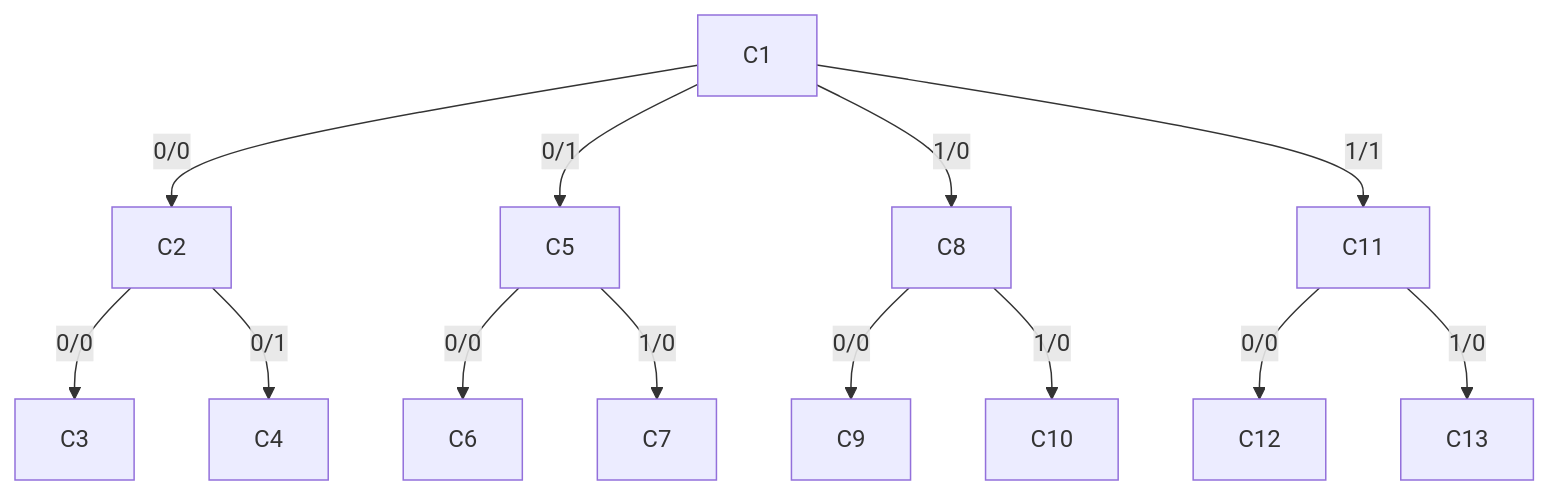
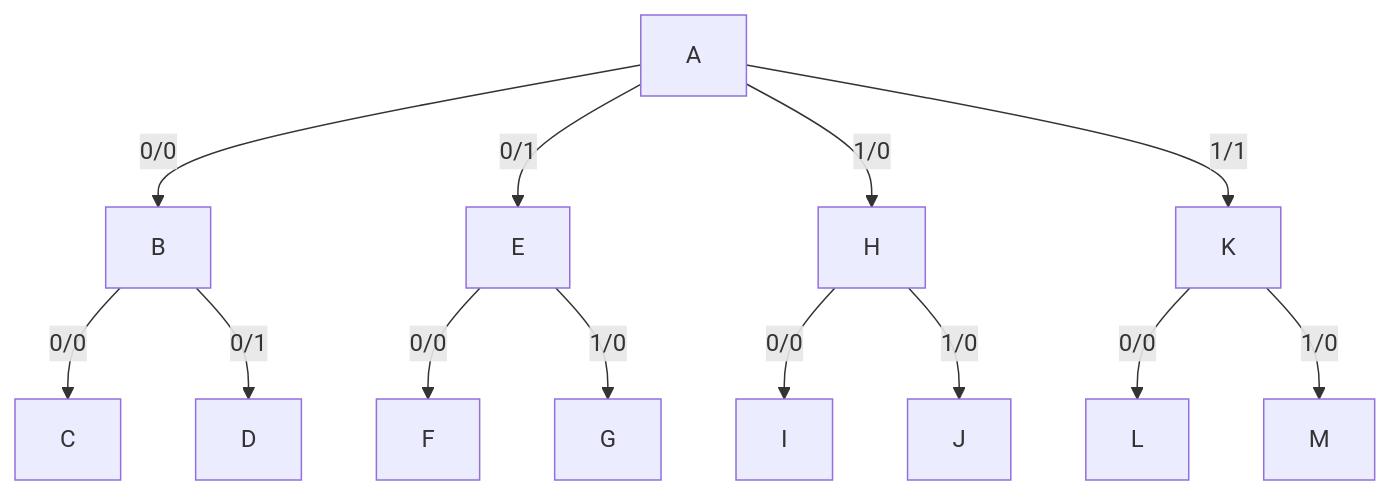
Diagram 20 of 29 in packages/dds/tree/docs/wip/treeStorage.md (microsoft/FluidFramework), drawn with Mermaid before and after one commit. The commit also changed other lines of this file, not shown here.

````diff
--- a/packages/dds/tree/docs/wip/treeStorage.md
+++ b/packages/dds/tree/docs/wip/treeStorage.md
@@ -500,11 +597,11 @@
 ```mermaid
 graph TD;
-    C1--0/0-->C2--0/0-->C3
-    C2--0/1-->C4
-    C1--0/1-->C5--0/0-->C6
-    C5--1/0-->C7
-    C1--1/0-->C8--0/0-->C9
-    C8--1/0-->C10
-    C1--1/1-->C11--0/0-->C12
-    C11--1/0-->C13
+    A--0/0-->B--0/0-->C
+    B--0/1-->D
+    A--0/1-->E--0/0-->F
+    E--1/0-->G
+    A--1/0-->H--0/0-->I
+    H--1/0-->J
+    A--1/1-->K--0/0-->L
+    K--1/0-->M
 ```
````
